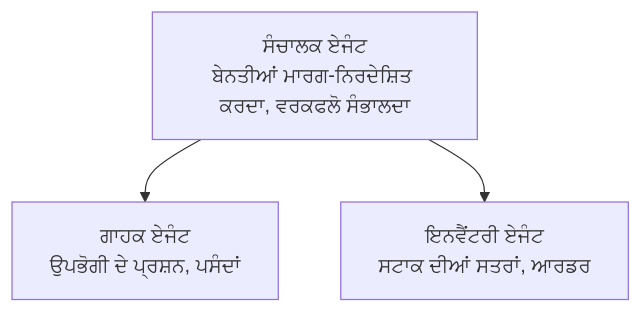
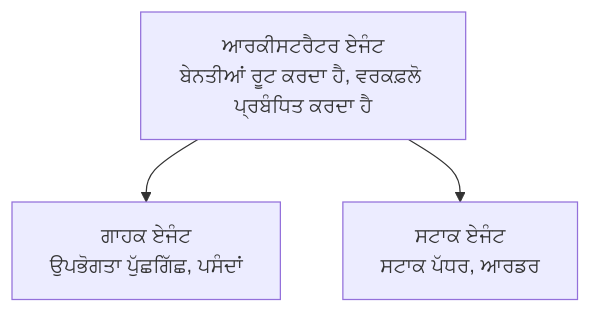
Before and after one commit to microsoft/AZD-for-beginners: the diagram in translations/pa/docs/chapter-05-multi-agent/README.md, drawn with Mermaid. The commit also changed other lines of this file and 59 other files, not shown here.

````diff
--- a/translations/pa/docs/chapter-05-multi-agent/README.md
+++ b/translations/pa/docs/chapter-05-multi-agent/README.md
@@ -54,5 +54,5 @@
 ```mermaid
 graph TD
-    Orchestrator[ਸੰਚਾਲਕ ਏਜੰਟ<br/>ਬੇਨਤੀਆਂ ਮਾਰਗ-ਨਿਰਦੇਸ਼ਿਤ ਕਰਦਾ, ਵਰਕਫਲੋ ਸੰਭਾਲਦਾ] --> Customer[ਗਾਹਕ ਏਜੰਟ<br/>ਉਪਭੋਗੀ ਦੇ ਪ੍ਰਸ਼ਨ, ਪਸੰਦਾਂ]
-    Orchestrator --> Inventory[ਇਨਵੈਂਟਰੀ ਏਜੰਟ<br/>ਸਟਾਕ ਦੀਆਂ ਸਤਰਾਂ, ਆਰਡਰ]
+    Orchestrator[ਆਰਕੀਸਟਰੈਟਰ ਏਜੰਟ<br/>ਬੇਨਤੀਆਂ ਰੂਟ ਕਰਦਾ ਹੈ, ਵਰਕਫ਼ਲੋ ਪ੍ਰਬੰਧਿਤ ਕਰਦਾ ਹੈ] --> Customer[ਗਾਹਕ ਏਜੰਟ<br/>ਉਪਭੋਗਤਾ ਪੁੱਛਗਿੱਛ, ਪਸੰਦਾਂ]
+    Orchestrator --> Inventory[ਸਟਾਕ ਏਜੰਟ<br/>ਸਟਾਕ ਪੱਧਰ, ਆਰਡਰ]
 ```
````
